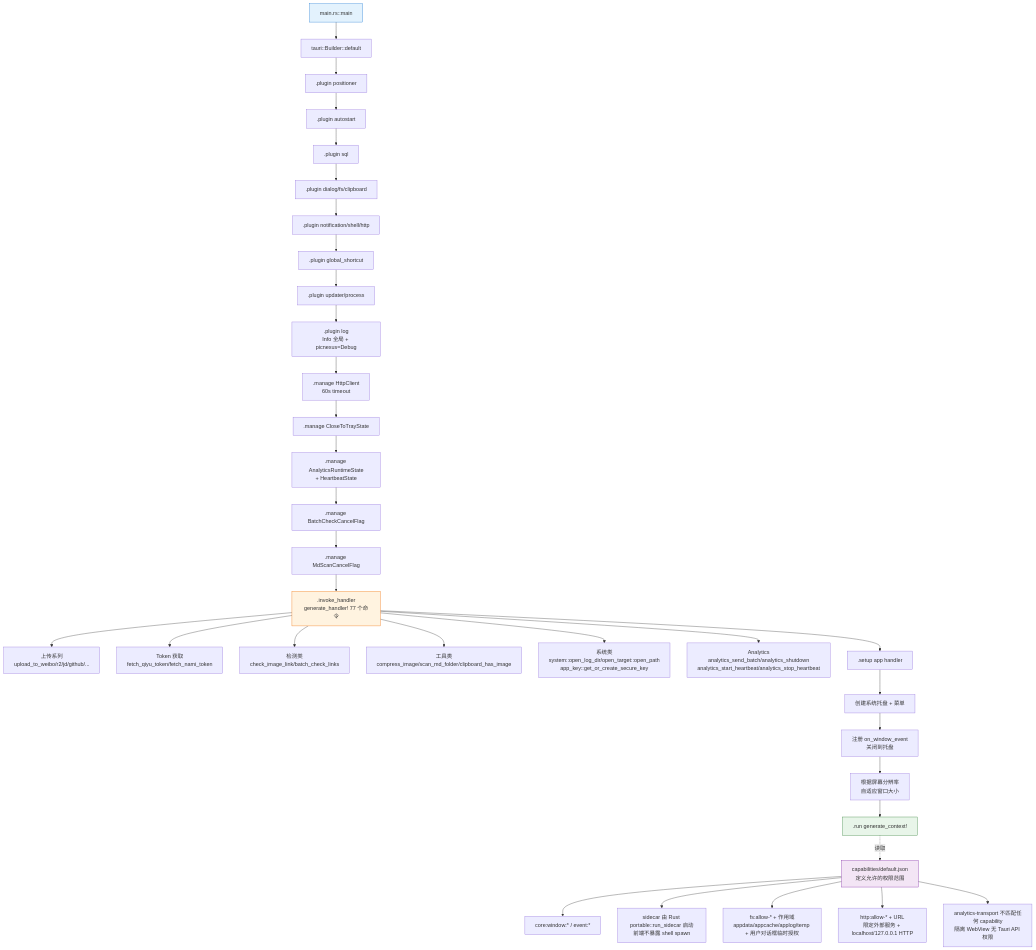
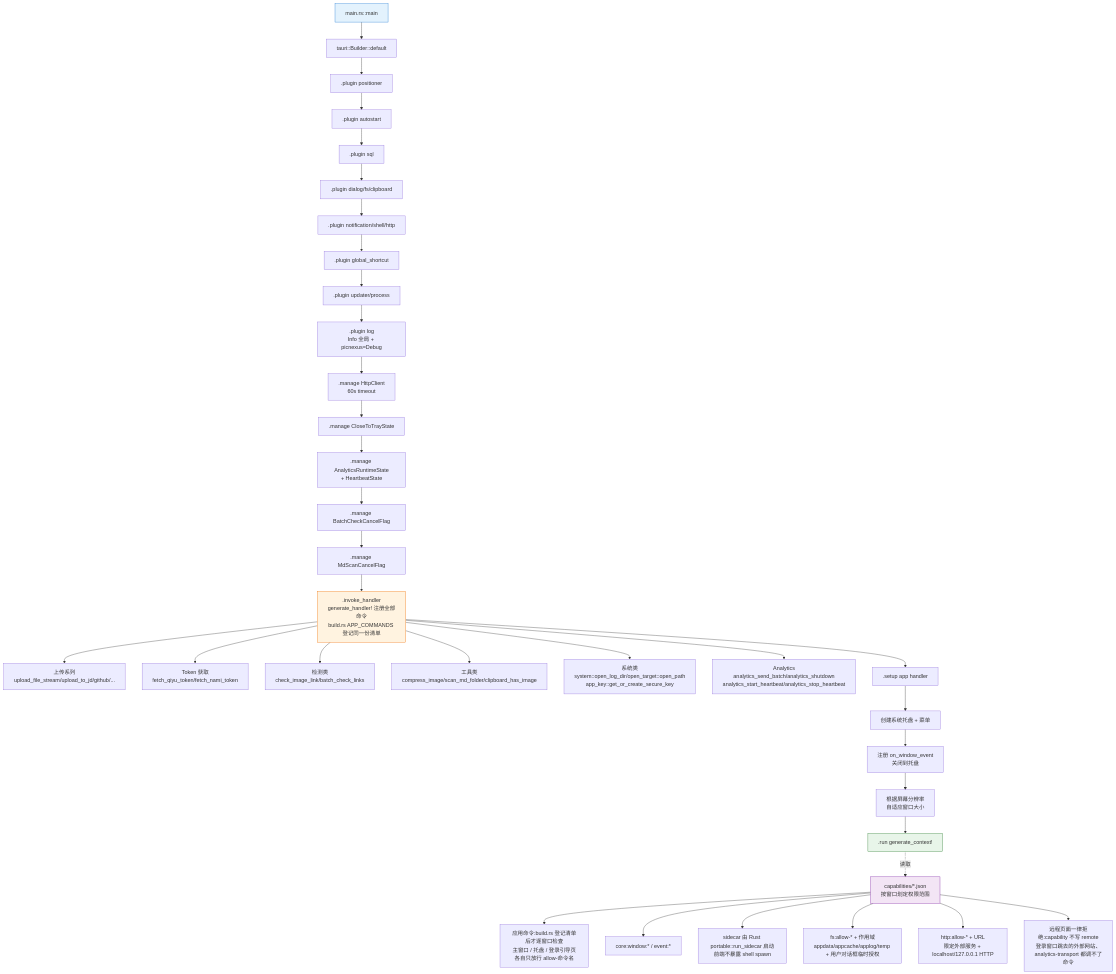
The first of 5 diagrams in docs/flows/ipc-command-flow.md (joeyliu6/PicNexus), drawn with Mermaid before and after one commit. The commit also changed other lines of this file and 4 other files, not shown here.

````diff
--- a/docs/flows/ipc-command-flow.md
+++ b/docs/flows/ipc-command-flow.md
@@ -21,50 +21,51 @@
 ```mermaid
 flowchart TD
     A[main.rs::main] --> B[tauri::Builder::default]
 
     %% 插件链
     B --> P1[.plugin positioner]
     P1 --> P2[.plugin autostart]
     P2 --> P3[.plugin sql]
     P3 --> P4[.plugin dialog/fs/clipboard]
     P4 --> P5[.plugin notification/shell/http]
     P5 --> P6[.plugin global_shortcut]
     P6 --> P7[.plugin updater/process]
     P7 --> P8[.plugin log<br/>Info 全局 + picnexus=Debug]
 
     %% 全局状态
     P8 --> M1[.manage HttpClient<br/>60s timeout]
     M1 --> M2[.manage CloseToTrayState]
     M2 --> M3[.manage AnalyticsRuntimeState<br/>+ HeartbeatState]
     M3 --> M4[.manage BatchCheckCancelFlag]
     M4 --> M5[.manage MdScanCancelFlag]
 
     %% 命令注册
-    M5 --> H[.invoke_handler<br/>generate_handler! 77 个命令]
-    H --> H1[上传系列<br/>upload_to_weibo/r2/jd/github/...]
+    M5 --> H[.invoke_handler<br/>generate_handler! 注册全部命令<br/>build.rs APP_COMMANDS 登记同一份清单]
+    H --> H1[上传系列<br/>upload_file_stream/upload_to_jd/github/...]
     H --> H2[Token 获取<br/>fetch_qiyu_token/fetch_nami_token]
     H --> H3[检测类<br/>check_image_link/batch_check_links]
     H --> H4[工具类<br/>compress_image/scan_md_folder/clipboard_has_image]
     H --> H5[系统类<br/>system::open_log_dir/open_target::open_path<br/>app_key::get_or_create_secure_key]
     H --> H6[Analytics<br/>analytics_send_batch/analytics_shutdown<br/>analytics_start_heartbeat/analytics_stop_heartbeat]
 
     %% Setup 回调
     H --> S[.setup app handler]
     S --> S1[创建系统托盘 + 菜单]
     S1 --> S2[注册 on_window_event<br/>关闭到托盘]
     S2 --> S3[根据屏幕分辨率<br/>自适应窗口大小]
     S3 --> R[.run generate_context!]
 
     %% 权限校验
-    R -.读取.-> CAP[capabilities/default.json<br/>定义允许的权限范围]
+    R -.读取.-> CAP[capabilities/*.json<br/>按窗口划定权限范围]
+    CAP --> CAP0[应用命令:build.rs 登记清单后才逐窗口检查<br/>主窗口 / 托盘 / 登录引导页各自只放行 allow-命令名]
     CAP --> CAP1[core:window:* / event:*]
     CAP --> CAP2[sidecar 由 Rust portable::run_sidecar 启动<br/>前端不暴露 shell spawn]
     CAP --> CAP3[fs:allow-* + 作用域<br/>appdata/appcache/applog/temp + 用户对话框临时授权]
     CAP --> CAP4[http:allow-* + URL<br/>限定外部服务 + localhost/127.0.0.1 HTTP]
-    CAP --> CAP5[analytics-transport 不匹配任何 capability<br/>隔离 WebView 无 Tauri API 权限]
+    CAP --> CAP5[远程页面一律拒绝:capability 不写 remote<br/>登录窗口跳去的外部网站、analytics-transport 都调不了命令]
 
     style A fill:#e3f2fd,stroke:#1976d2
     style H fill:#fff3e0,stroke:#ef6c00
     style R fill:#e8f5e9,stroke:#2e7d32
     style CAP fill:#f3e5f5,stroke:#7b1fa2
 ```
````
